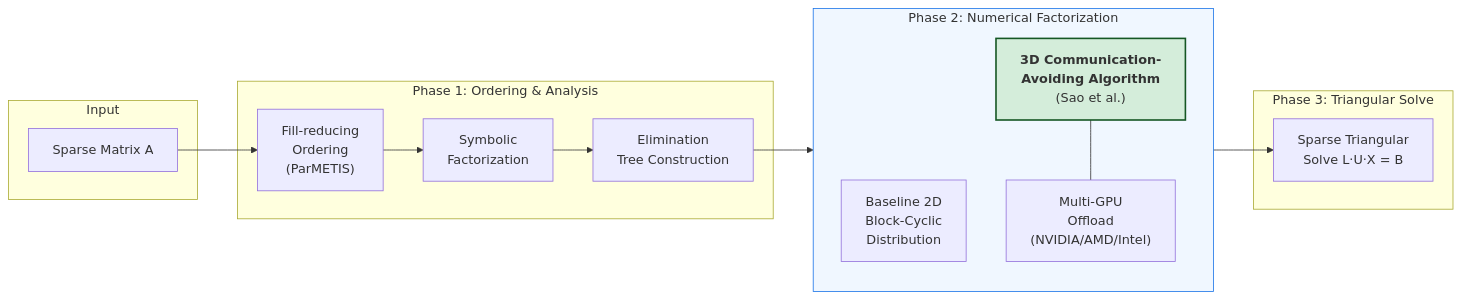
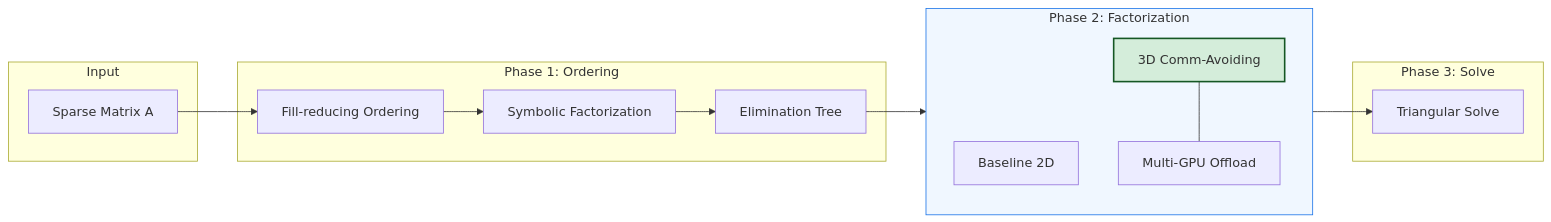
The diagram in _projects/2_superlu.md (piyush314/piyush314.github.io), drawn with Mermaid before and after one commit. The commit also changed 5 other files, not shown here.

First line of the commit message:
fix: simplify mermaid labels to plain text for rendering

````diff
--- a/_projects/2_superlu.md
+++ b/_projects/2_superlu.md
@@ -22,29 +22,29 @@
 ```mermaid
 graph LR
-    subgraph Input["Input"]
-        A["Sparse Matrix A"]
+    subgraph Input
+        A[Sparse Matrix A]
     end
 
-    subgraph Reorder["Phase 1: Ordering & Analysis"]
-        ORD["Fill-reducing<br/>Ordering<br/>(ParMETIS)"]
-        SYM["Symbolic<br/>Factorization"]
-        ETREE["Elimination<br/>Tree Construction"]
+    subgraph Reorder[Phase 1: Ordering]
+        ORD[Fill-reducing Ordering]
+        SYM[Symbolic Factorization]
+        ETREE[Elimination Tree]
     end
 
-    subgraph Factor["Phase 2: Numerical Factorization"]
+    subgraph Factor[Phase 2: Factorization]
         direction TB
-        P2D["Baseline 2D<br/>Block-Cyclic<br/>Distribution"]
-        P3D["<b>3D Communication-<br/>Avoiding Algorithm</b><br/>(Sao et al.)"]
-        GPU["Multi-GPU<br/>Offload<br/>(NVIDIA/AMD/Intel)"]
+        P2D[Baseline 2D]
+        P3D[3D Comm-Avoiding]
+        GPU[Multi-GPU Offload]
         P3D --- GPU
     end
 
-    subgraph Solve["Phase 3: Triangular Solve"]
-        TRI["Sparse Triangular<br/>Solve  L·U·X = B"]
+    subgraph Solve[Phase 3: Solve]
+        TRI[Triangular Solve]
     end
 
     A --> ORD --> SYM --> ETREE --> Factor --> TRI
 
     style P3D fill:#d4edda,stroke:#155724,stroke-width:2px
     style Factor fill:#f0f7ff,stroke:#1a73e8
 ```
````
